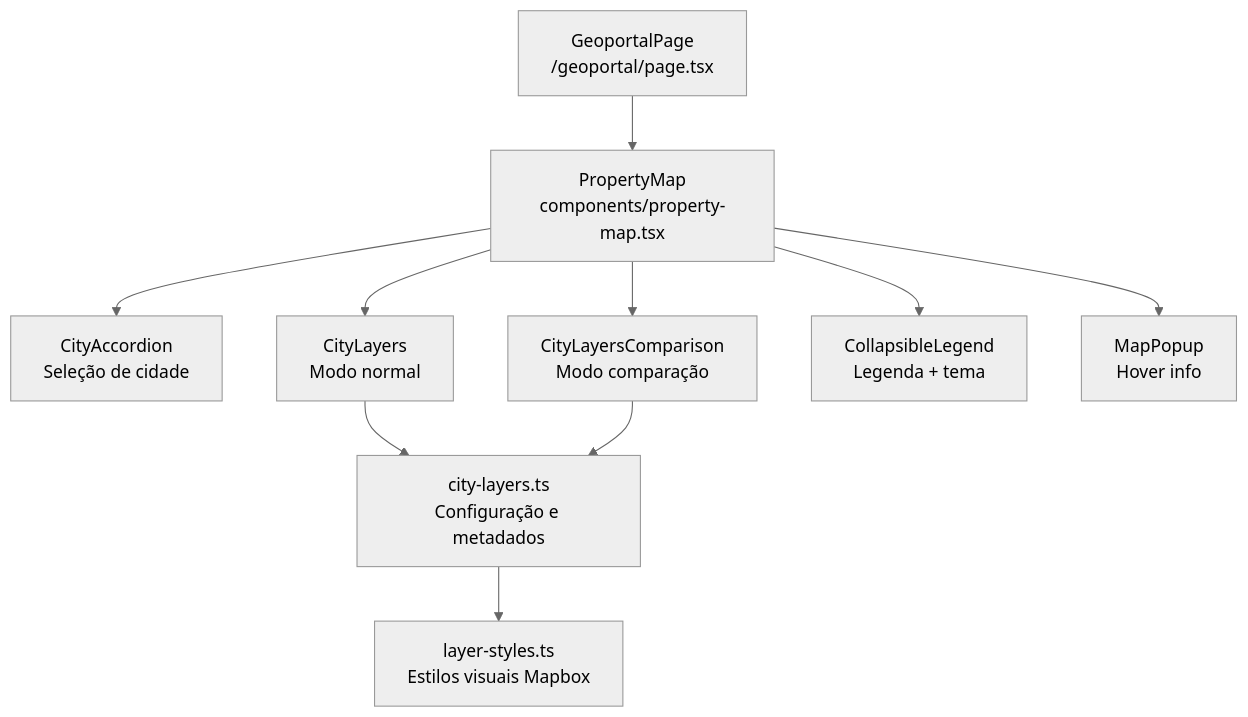
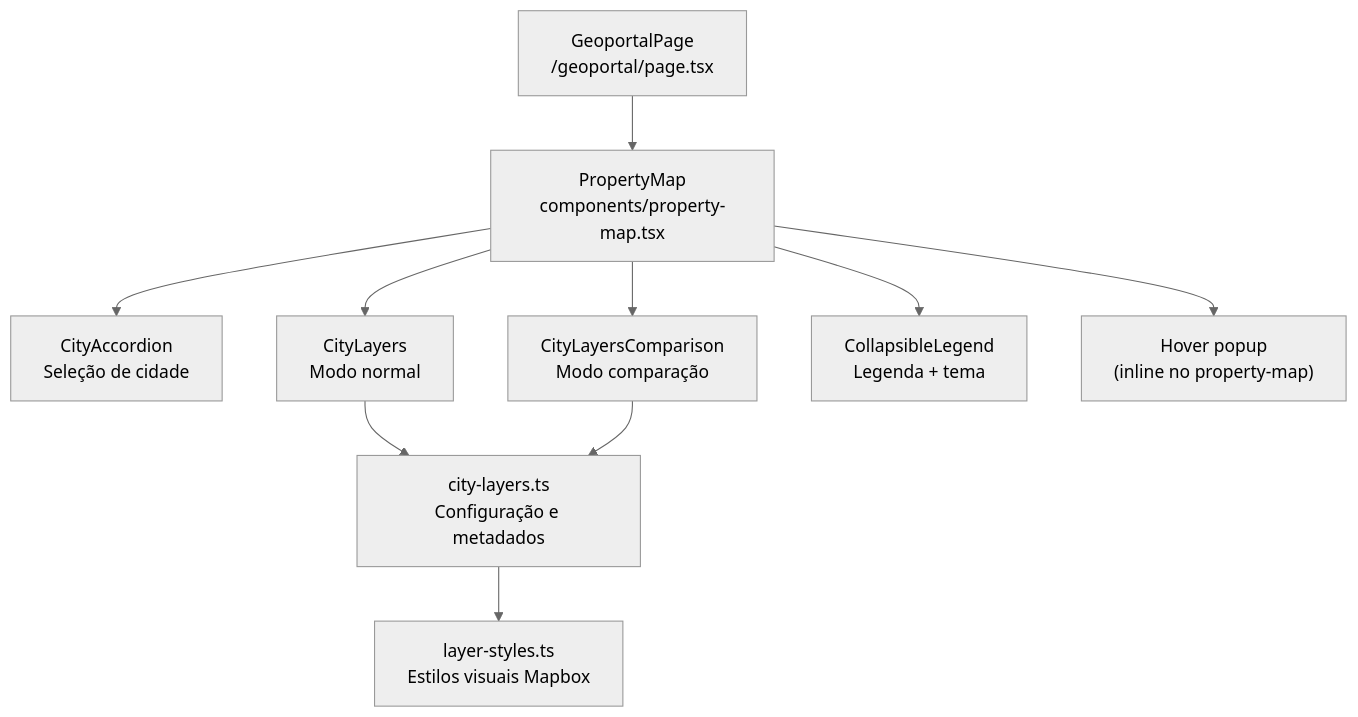
One commit to portalcidados/portal-cidados changed the first of 3 diagrams in src/app/(app)/geoportal/README.md. Above: the diagram before and after it, drawn with Mermaid (neutral theme). The commit also changed other lines of this file and 19 other files, not shown here.

````diff
--- a/src/app/(app)/geoportal/README.md
+++ b/src/app/(app)/geoportal/README.md
@@ -24,14 +24,14 @@
 ```mermaid
 graph TD
     A["GeoportalPage\n/geoportal/page.tsx"] --> B["PropertyMap\ncomponents/property-map.tsx"]
 
     B --> C["CityAccordion\nSeleção de cidade"]
     B --> D["CityLayers\nModo normal"]
     B --> E["CityLayersComparison\nModo comparação"]
     B --> F["CollapsibleLegend\nLegenda + tema"]
-    B --> G["MapPopup\nHover info"]
+    B --> G["Hover popup\n(inline no property-map)"]
 
     D --> H["city-layers.ts\nConfiguração e metadados"]
     E --> H
     H --> I["layer-styles.ts\nEstilos visuais Mapbox"]
 ```
````
